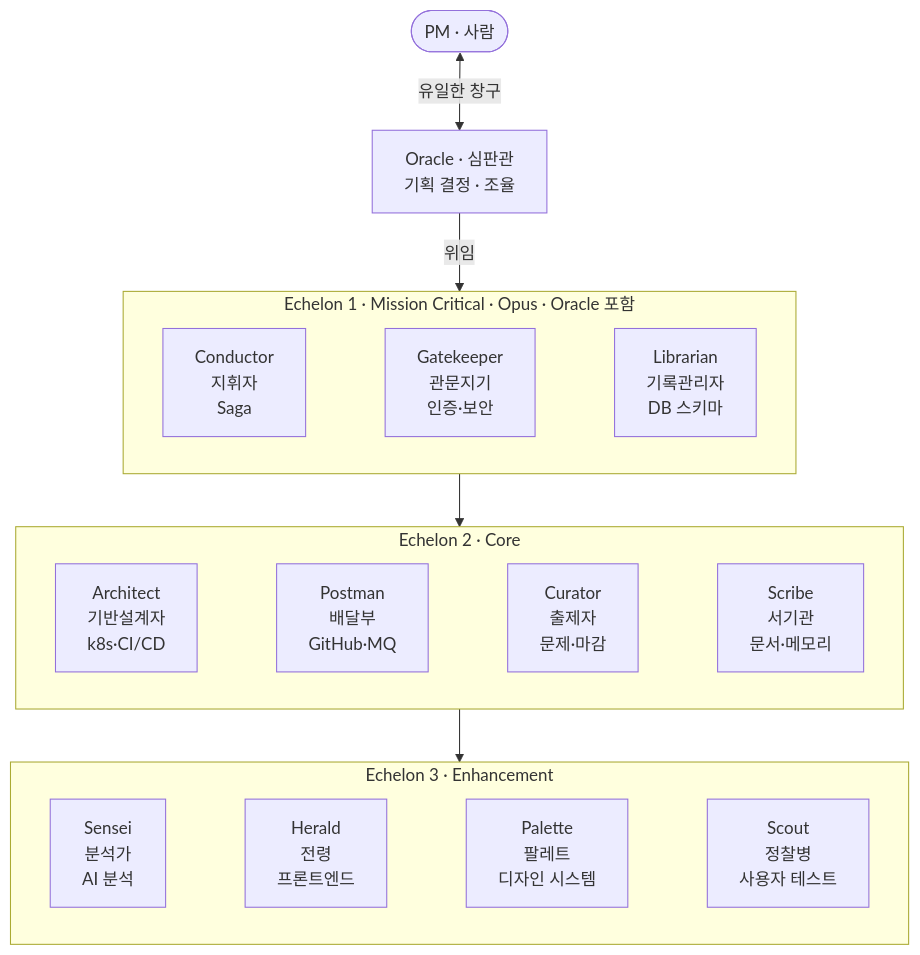
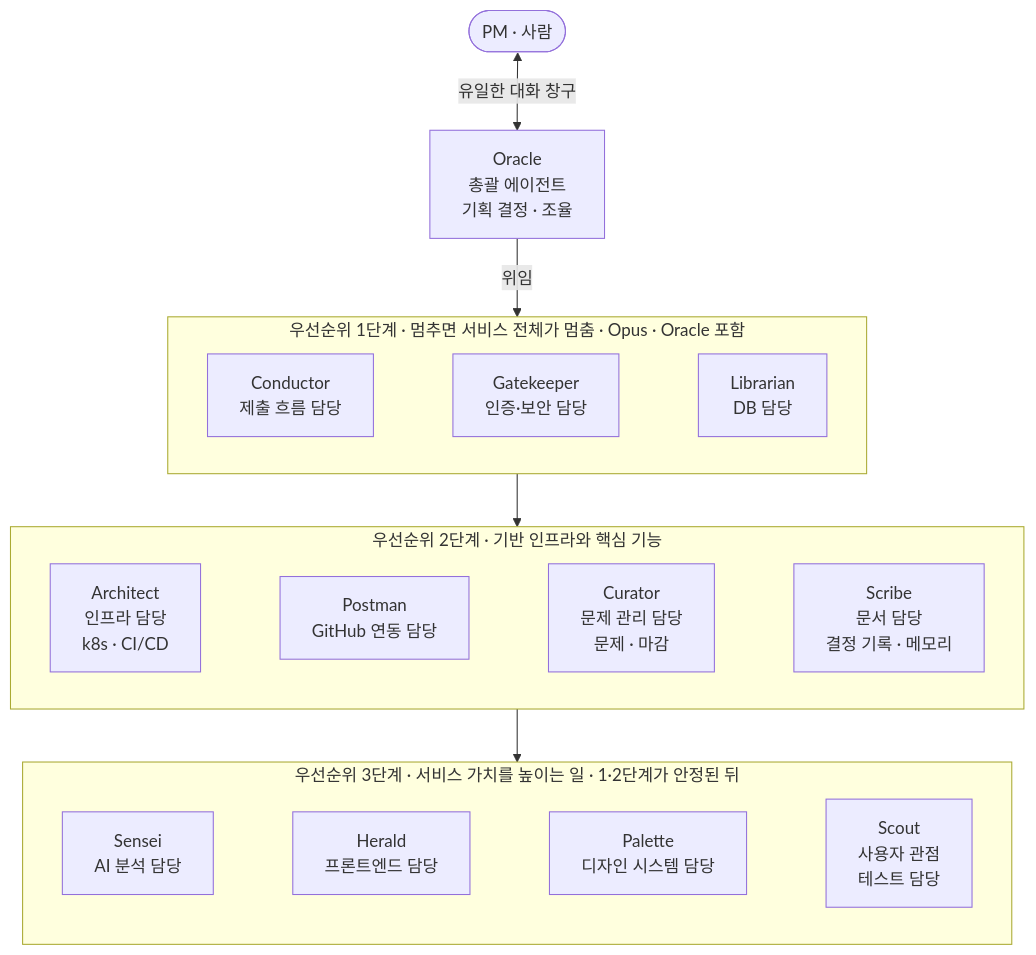
The diagram in content/posts/orchestration-structure/diagrams/echelon.ko.mmd (tpals0409/Leo-s-Build-Log), drawn with Mermaid before and after one commit. The commit also changed 82 other files, not shown here.

```diff
--- a/content/posts/orchestration-structure/diagrams/echelon.ko.mmd
+++ b/content/posts/orchestration-structure/diagrams/echelon.ko.mmd
@@ -1,17 +1,17 @@
 flowchart TD
-  PM([PM · 사람]) <-->|유일한 창구| O[Oracle · 심판관<br/>기획 결정 · 조율]
+  PM([PM · 사람]) <-->|유일한 대화 창구| O[Oracle<br/>총괄 에이전트<br/>기획 결정 · 조율]
   O -->|위임| E1
-  subgraph E1[Echelon 1 · Mission Critical · Opus · Oracle 포함]
+  subgraph E1[우선순위 1단계 · 멈추면 서비스 전체가 멈춤 · Opus · Oracle 포함]
     direction LR
-    C[Conductor<br/>지휘자<br/>Saga] ~~~ G[Gatekeeper<br/>관문지기<br/>인증·보안] ~~~ L[Librarian<br/>기록관리자<br/>DB 스키마]
+    C[Conductor<br/>제출 흐름 담당] ~~~ G[Gatekeeper<br/>인증·보안 담당] ~~~ L[Librarian<br/>DB 담당]
   end
   E1 --> E2
-  subgraph E2[Echelon 2 · Core]
+  subgraph E2[우선순위 2단계 · 기반 인프라와 핵심 기능]
     direction LR
-    AR[Architect<br/>기반설계자<br/>k8s·CI/CD] ~~~ PO[Postman<br/>배달부<br/>GitHub·MQ] ~~~ CU[Curator<br/>출제자<br/>문제·마감] ~~~ SC[Scribe<br/>서기관<br/>문서·메모리]
+    AR[Architect<br/>인프라 담당<br/>k8s · CI/CD] ~~~ PO[Postman<br/>GitHub 연동 담당] ~~~ CU[Curator<br/>문제 관리 담당<br/>문제 · 마감] ~~~ SC[Scribe<br/>문서 담당<br/>결정 기록 · 메모리]
   end
   E2 --> E3
-  subgraph E3[Echelon 3 · Enhancement]
+  subgraph E3[우선순위 3단계 · 서비스 가치를 높이는 일 · 1·2단계가 안정된 뒤]
     direction LR
-    SE[Sensei<br/>분석가<br/>AI 분석] ~~~ HE[Herald<br/>전령<br/>프론트엔드] ~~~ PA[Palette<br/>팔레트<br/>디자인 시스템] ~~~ SO[Scout<br/>정찰병<br/>사용자 테스트]
+    SE[Sensei<br/>AI 분석 담당] ~~~ HE[Herald<br/>프론트엔드 담당] ~~~ PA[Palette<br/>디자인 시스템 담당] ~~~ SO[Scout<br/>사용자 관점<br/>테스트 담당]
   end
```
